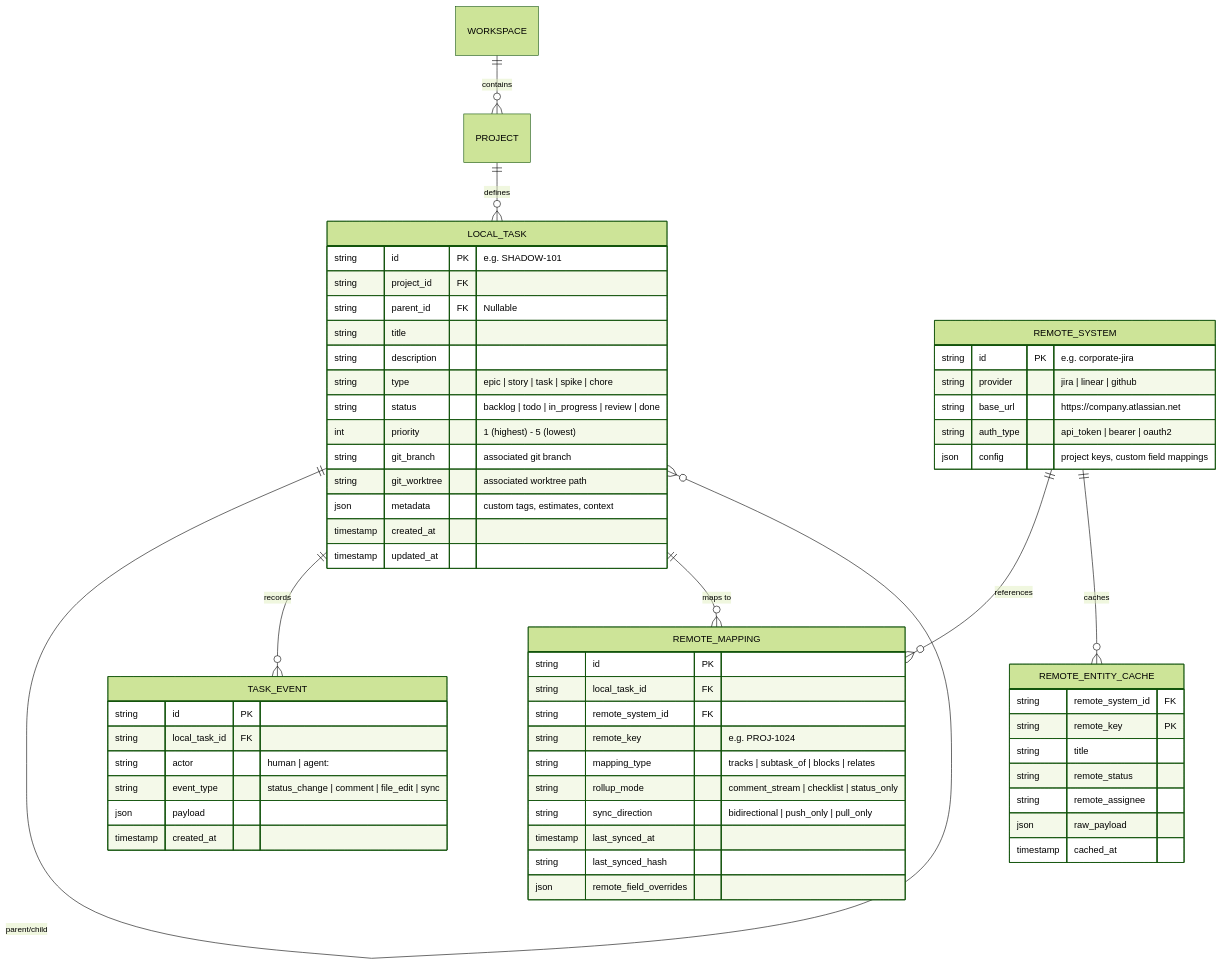
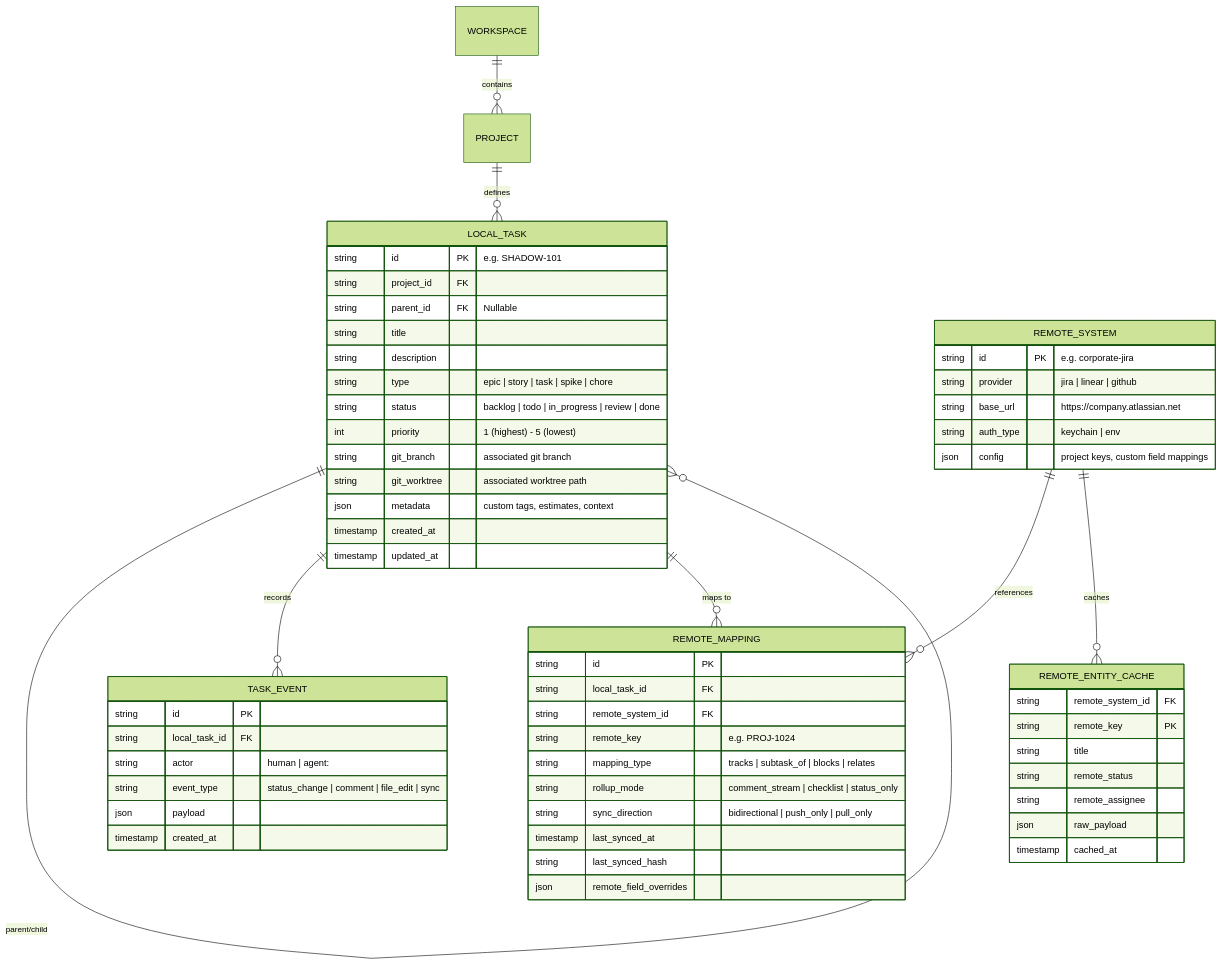
One commit to jacobmiller22/shadow changed the diagram in PRD.md. Above: the diagram before and after it, drawn with Mermaid (forest theme). The commit also changed other lines of this file, not shown here.

Commit message:
docs: refine architecture to pure CLI and Agent Skills, removing MCP

````diff
--- a/PRD.md
+++ b/PRD.md
@@ -295,66 +361,66 @@
 ```mermaid
 erDiagram
     WORKSPACE ||--o{ PROJECT : contains
     PROJECT ||--o{ LOCAL_TASK : defines
     LOCAL_TASK ||--o{ LOCAL_TASK : "parent/child"
     LOCAL_TASK ||--o{ TASK_EVENT : records
     LOCAL_TASK ||--o{ REMOTE_MAPPING : "maps to"
     REMOTE_SYSTEM ||--o{ REMOTE_MAPPING : "references"
     REMOTE_SYSTEM ||--o{ REMOTE_ENTITY_CACHE : caches
 
     LOCAL_TASK {
         string id PK "e.g. SHADOW-101"
         string project_id FK
         string parent_id FK "Nullable"
         string title
         string description
         string type "epic | story | task | spike | chore"
         string status "backlog | todo | in_progress | review | done"
         int priority "1 (highest) - 5 (lowest)"
         string git_branch "associated git branch"
         string git_worktree "associated worktree path"
         json metadata "custom tags, estimates, context"
         timestamp created_at
         timestamp updated_at
     }
 
     REMOTE_SYSTEM {
         string id PK "e.g. corporate-jira"
         string provider "jira | linear | github"
         string base_url "https://company.atlassian.net"
-        string auth_type "api_token | bearer | oauth2"
+        string auth_type "keychain | env"
         json config "project keys, custom field mappings"
     }
 
     REMOTE_MAPPING {
         string id PK
         string local_task_id FK
         string remote_system_id FK
         string remote_key "e.g. PROJ-1024"
         string mapping_type "tracks | subtask_of | blocks | relates"
         string rollup_mode "comment_stream | checklist | status_only"
         string sync_direction "bidirectional | push_only | pull_only"
         timestamp last_synced_at
         string last_synced_hash
         json remote_field_overrides
     }
 
     REMOTE_ENTITY_CACHE {
         string remote_system_id FK
         string remote_key PK
         string title
         string remote_status
         string remote_assignee
         json raw_payload
         timestamp cached_at
     }
 
     TASK_EVENT {
         string id PK
         string local_task_id FK
         string actor "human | agent:<name>"
         string event_type "status_change | comment | file_edit | sync"
         json payload
         timestamp created_at
     }
 ```
````
